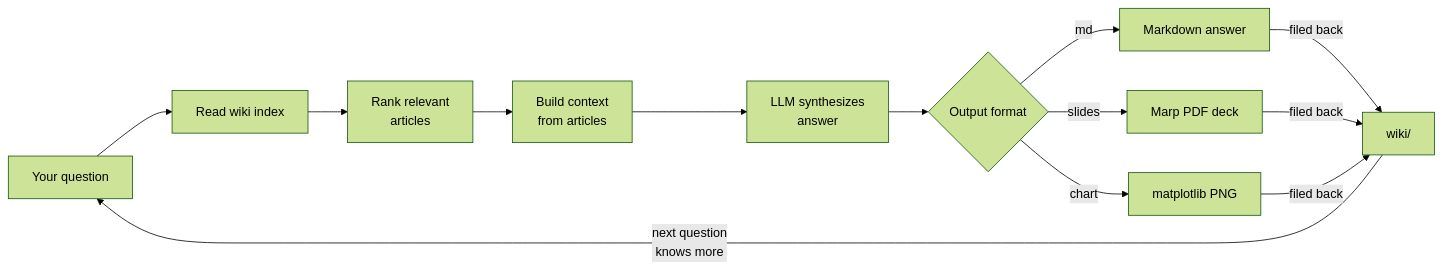
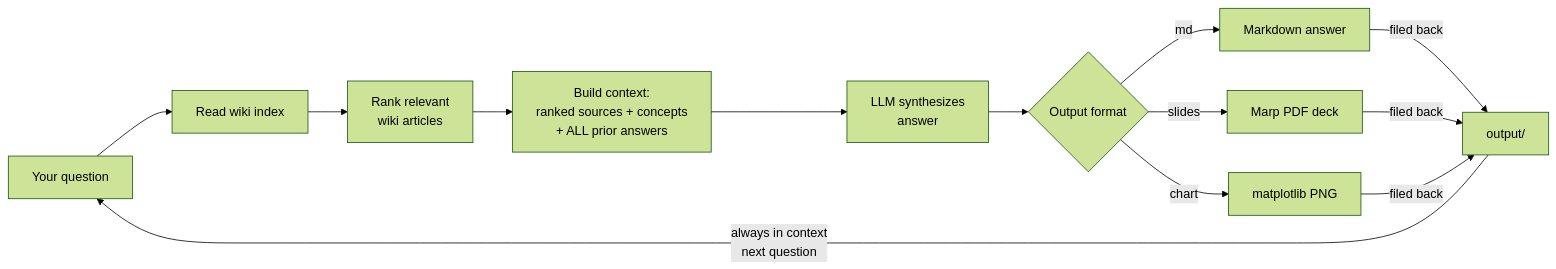
The third of 5 diagrams in README.md (pwv-vc/theora), drawn with Mermaid (forest theme) before and after one commit. The commit also changed other lines of this file and 13 other files, not shown here.

````diff
--- a/README.md
+++ b/README.md
@@ -54,13 +66,18 @@
 ```mermaid
 flowchart LR
     Q[Your question] --> RI[Read wiki index]
-    RI --> RR[Rank relevant<br/>articles]
-    RR --> CTX[Build context<br/>from articles]
-    CTX --> LLM[LLM synthesizes<br/>answer]
+    RI --> RR[Rank relevant
+wiki articles]
+    RR --> CTX[Build context:
+ranked sources + concepts
++ ALL prior answers]
+    CTX --> LLM[LLM synthesizes
+answer]
     LLM --> OUT{Output format}
     OUT -->|md| ANS[Markdown answer]
     OUT -->|slides| PDF[Marp PDF deck]
     OUT -->|chart| PNG[matplotlib PNG]
-    ANS & PDF & PNG -->|filed back| W[wiki/]
-    W -->|next question<br/>knows more| Q
+    ANS & PDF & PNG -->|filed back| W[output/]
+    W -->|always in context
+next question| Q
 ```
````
